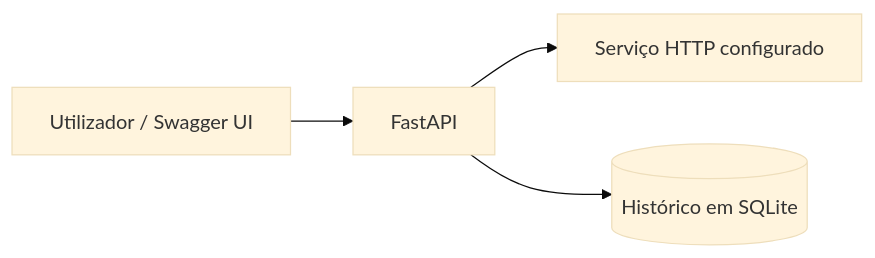
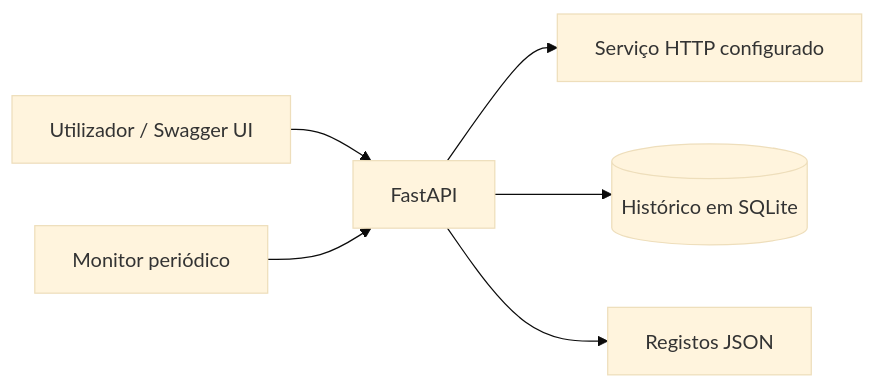
One commit to JoaoTSSilva03/cloudops-lab changed the diagram in README.md. Above: the diagram before and after it, drawn with Mermaid (base theme). The commit also changed other lines of this file and 2 other files, not shown here.

````diff
--- a/README.md
+++ b/README.md
@@ -14,6 +15,8 @@
 ```mermaid
 flowchart LR
     User[Utilizador / Swagger UI] --> API[FastAPI]
+    Monitor[Monitor periódico] --> API
     API --> Target[Serviço HTTP configurado]
     API --> DB[(Histórico em SQLite)]
+    API --> Logs[Registos JSON]
 ```
````
